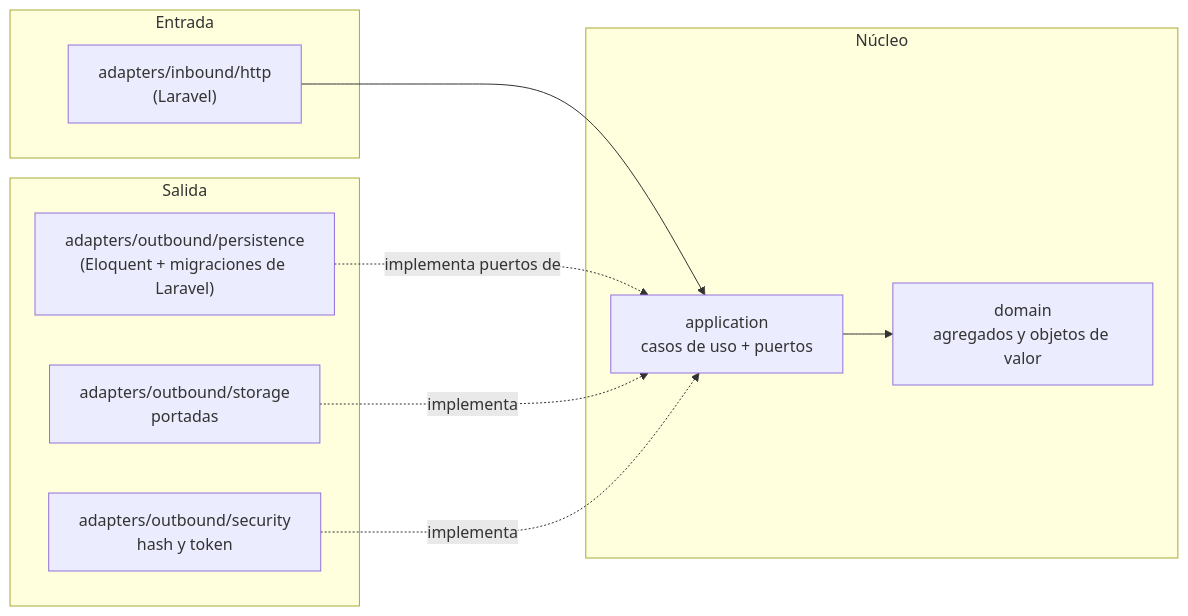
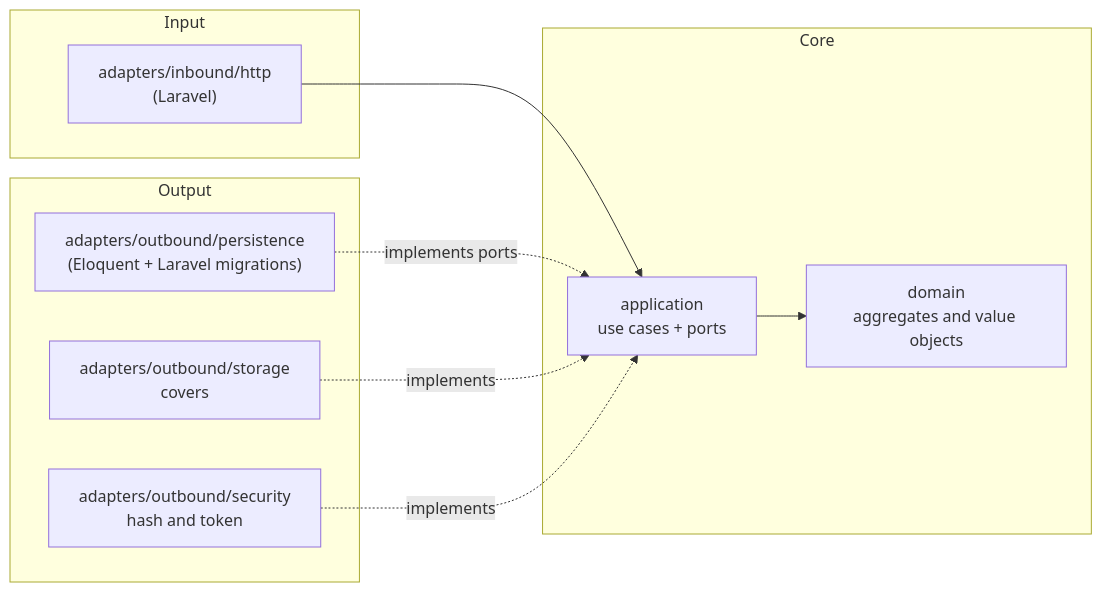
The first of 2 diagrams in spec-php/architecture.md (andresguti17/test-manager-library-3145556-docs), drawn with Mermaid before and after one commit. The commit also changed other lines of this file and 12 other files, not shown here.

````diff
--- a/spec-php/architecture.md
+++ b/spec-php/architecture.md
@@ -7,19 +7,19 @@
 ```mermaid
 flowchart LR
-    subgraph Entrada
+    subgraph Input
       HTTP["adapters/inbound/http<br/>(Laravel)"]
     end
-    subgraph Núcleo
-      APP["application<br/>casos de uso + puertos"]
-      DOM["domain<br/>agregados y objetos de valor"]
+    subgraph Core
+      APP["application<br/>use cases + ports"]
+      DOM["domain<br/>aggregates and value objects"]
     end
-    subgraph Salida
-      DB["adapters/outbound/persistence<br/>(Eloquent + migraciones de Laravel)"]
-      STO["adapters/outbound/storage<br/>portadas"]
-      SEC["adapters/outbound/security<br/>hash y token"]
+    subgraph Output
+      DB["adapters/outbound/persistence<br/>(Eloquent + Laravel migrations)"]
+      STO["adapters/outbound/storage<br/>covers"]
+      SEC["adapters/outbound/security<br/>hash and token"]
     end
     HTTP --> APP --> DOM
-    DB -. implementa puertos de .-> APP
-    STO -. implementa .-> APP
-    SEC -. implementa .-> APP
+    DB -. implements ports .-> APP
+    STO -. implements .-> APP
+    SEC -. implements .-> APP
 ```
````
